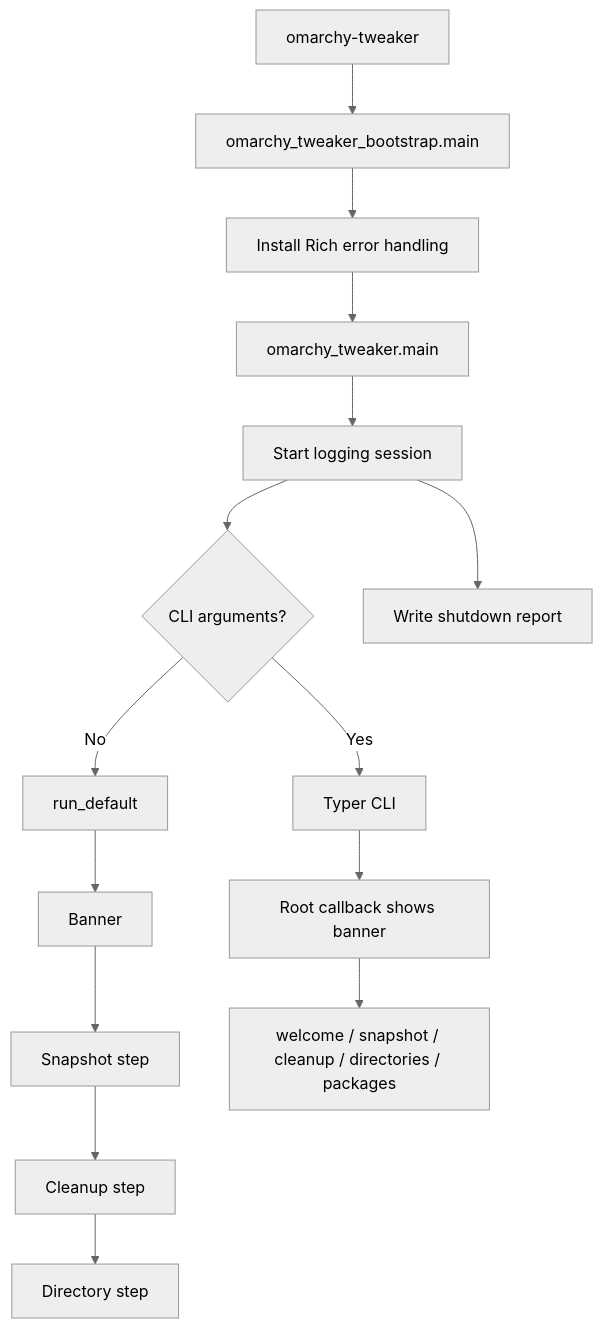
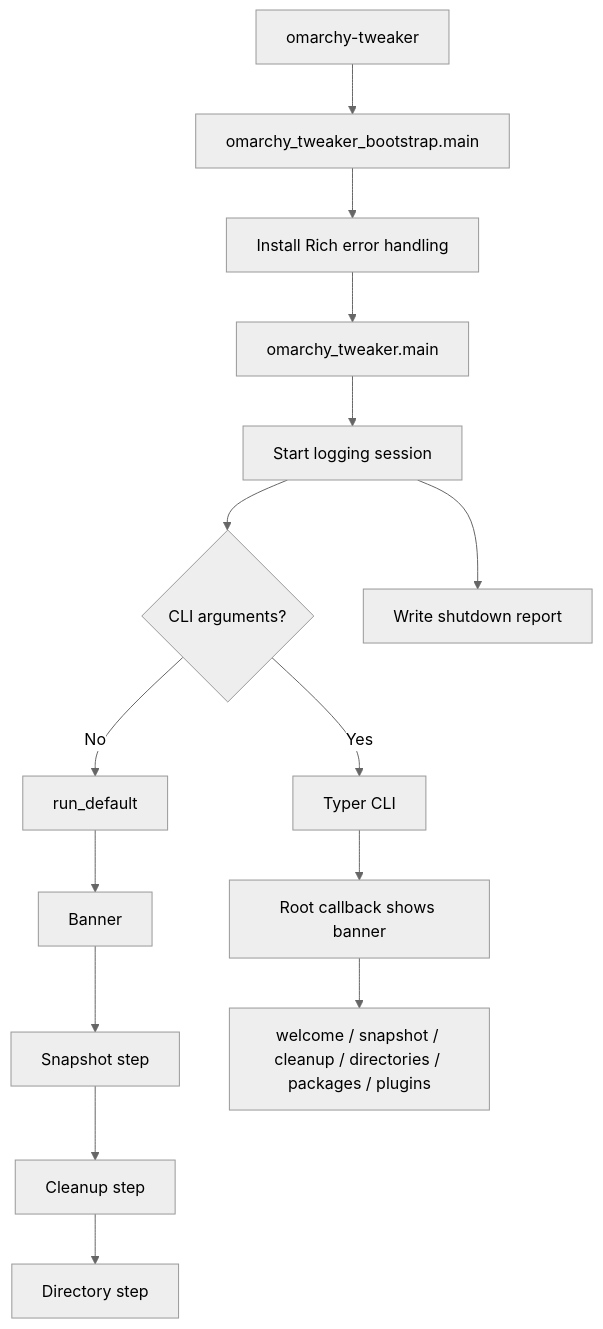
Before and after one commit to Armoghans-Organization/Omarchy-Tweaker: the first of 3 diagrams in docs/architecture.md, drawn with Mermaid (neutral theme). The commit also changed other lines of this file and 22 other files, not shown here.

````diff
--- a/docs/architecture.md
+++ b/docs/architecture.md
@@ -18,17 +18,17 @@
 ```mermaid
 flowchart TD
     A[omarchy-tweaker] --> B[omarchy_tweaker_bootstrap.main]
     B --> C[Install Rich error handling]
     C --> D[omarchy_tweaker.main]
     D --> E[Start logging session]
     E --> F{CLI arguments?}
     F -- No --> G[run_default]
     G --> H[Banner]
     H --> I[Snapshot step]
     I --> J[Cleanup step]
     J --> O[Directory step]
     F -- Yes --> K[Typer CLI]
     K --> L[Root callback shows banner]
-    L --> M[welcome / snapshot / cleanup / directories / packages]
+    L --> M[welcome / snapshot / cleanup / directories / packages / plugins]
     E --> N[Write shutdown report]
 ```
````
